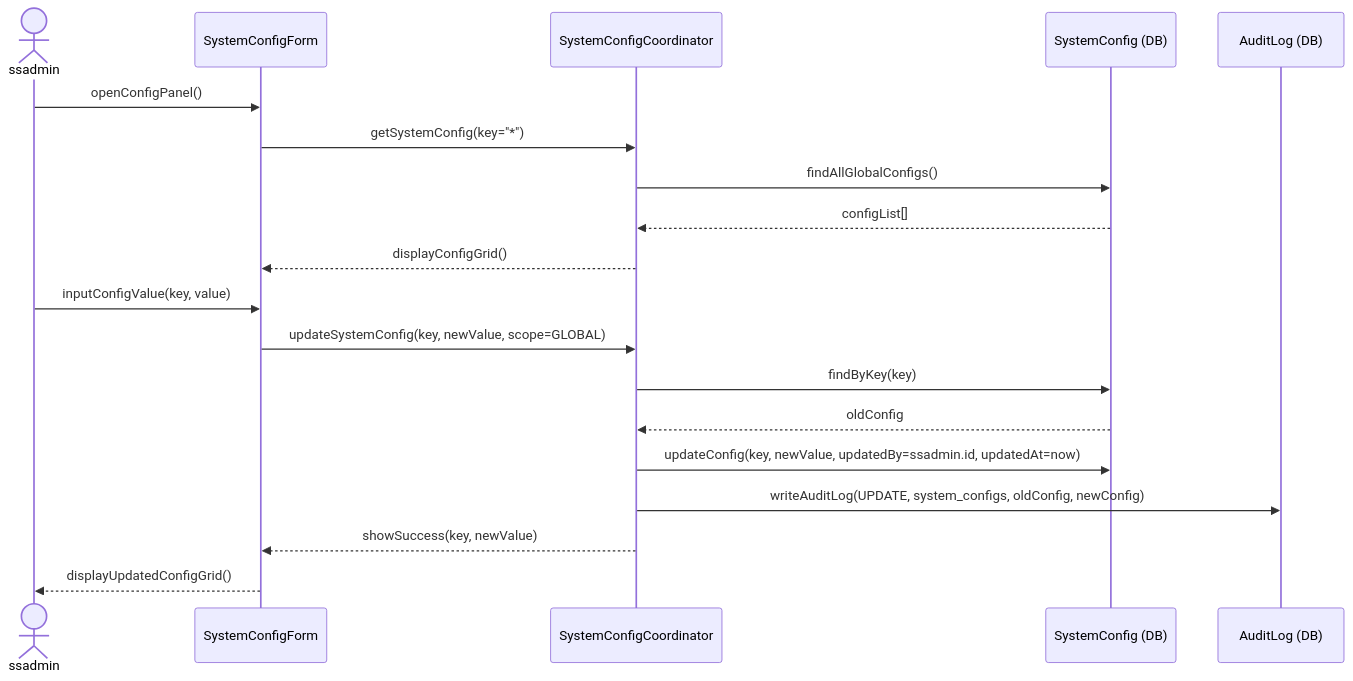
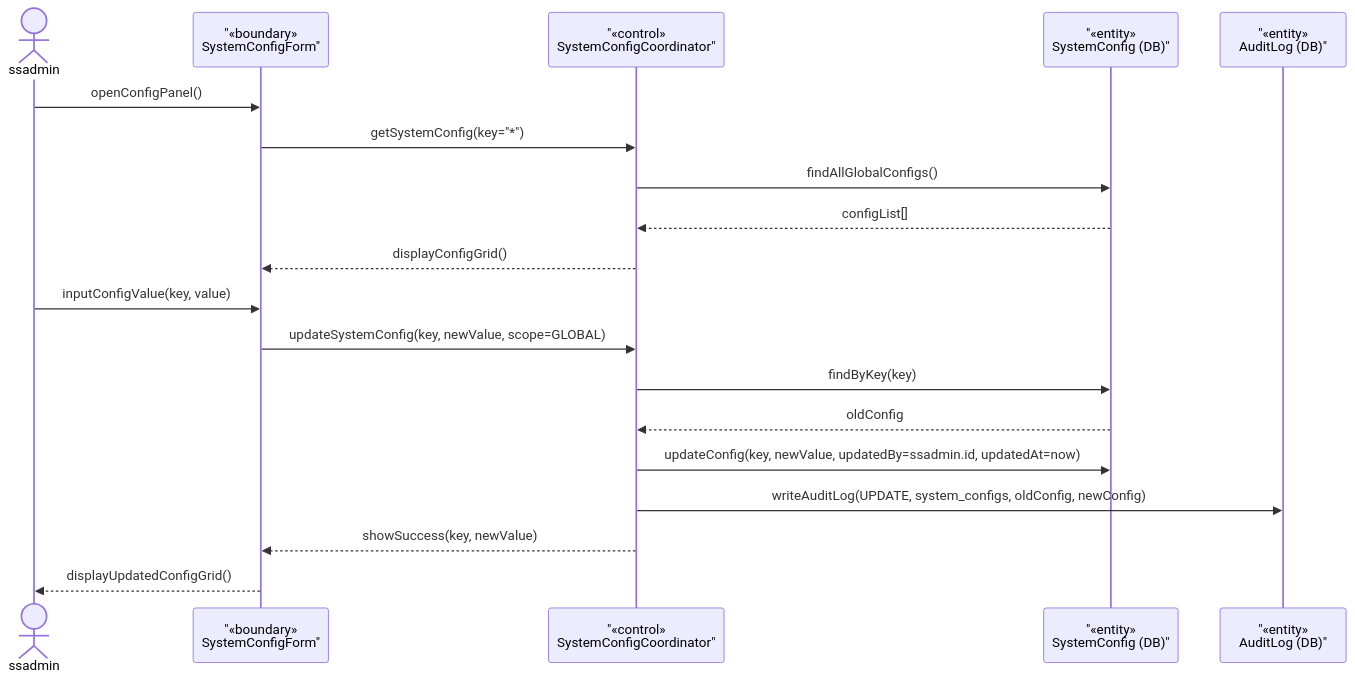
Before and after one commit to Shaichi/Khoga_coffe_shop: the second of 3 diagrams in rds_sections/14_detailed_3_11_config_branch.md, drawn with Mermaid. The commit also changed other lines of this file and 13 other files, not shown here.

````diff
--- a/rds_sections/14_detailed_3_11_config_branch.md
+++ b/rds_sections/14_detailed_3_11_config_branch.md
@@ -97,23 +97,23 @@
 ```mermaid
 sequenceDiagram
     actor ssadmin
-    participant ConfigForm as SystemConfigForm
-    participant ConfigCoord as SystemConfigCoordinator
-    participant ConfigDB as SystemConfig (DB)
-    participant AuditDB as AuditLog (DB)
+participant ConfigForm as "«boundary»<br/>SystemConfigForm"
+participant ConfigCoord as "«control»<br/>SystemConfigCoordinator"
+participant ConfigDB as "«entity»<br/>SystemConfig (DB)"
+participant AuditDB as "«entity»<br/>AuditLog (DB)"
 
     ssadmin->>ConfigForm: openConfigPanel()
     ConfigForm->>ConfigCoord: getSystemConfig(key="*")
     ConfigCoord->>ConfigDB: findAllGlobalConfigs()
     ConfigDB-->>ConfigCoord: configList[]
     ConfigCoord-->>ConfigForm: displayConfigGrid()
 
     ssadmin->>ConfigForm: inputConfigValue(key, value)
     ConfigForm->>ConfigCoord: updateSystemConfig(key, newValue, scope=GLOBAL)
     ConfigCoord->>ConfigDB: findByKey(key)
     ConfigDB-->>ConfigCoord: oldConfig
     ConfigCoord->>ConfigDB: updateConfig(key, newValue, updatedBy=ssadmin.id, updatedAt=now)
     ConfigCoord->>AuditDB: writeAuditLog(UPDATE, system_configs, oldConfig, newConfig)
     ConfigCoord-->>ConfigForm: showSuccess(key, newValue)
     ConfigForm-->>ssadmin: displayUpdatedConfigGrid()
 ```
````
